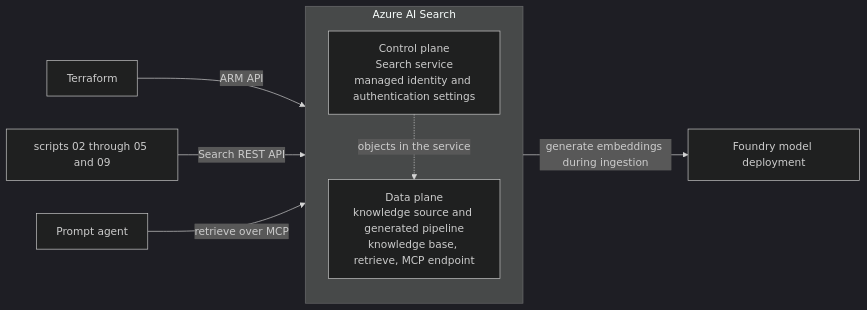
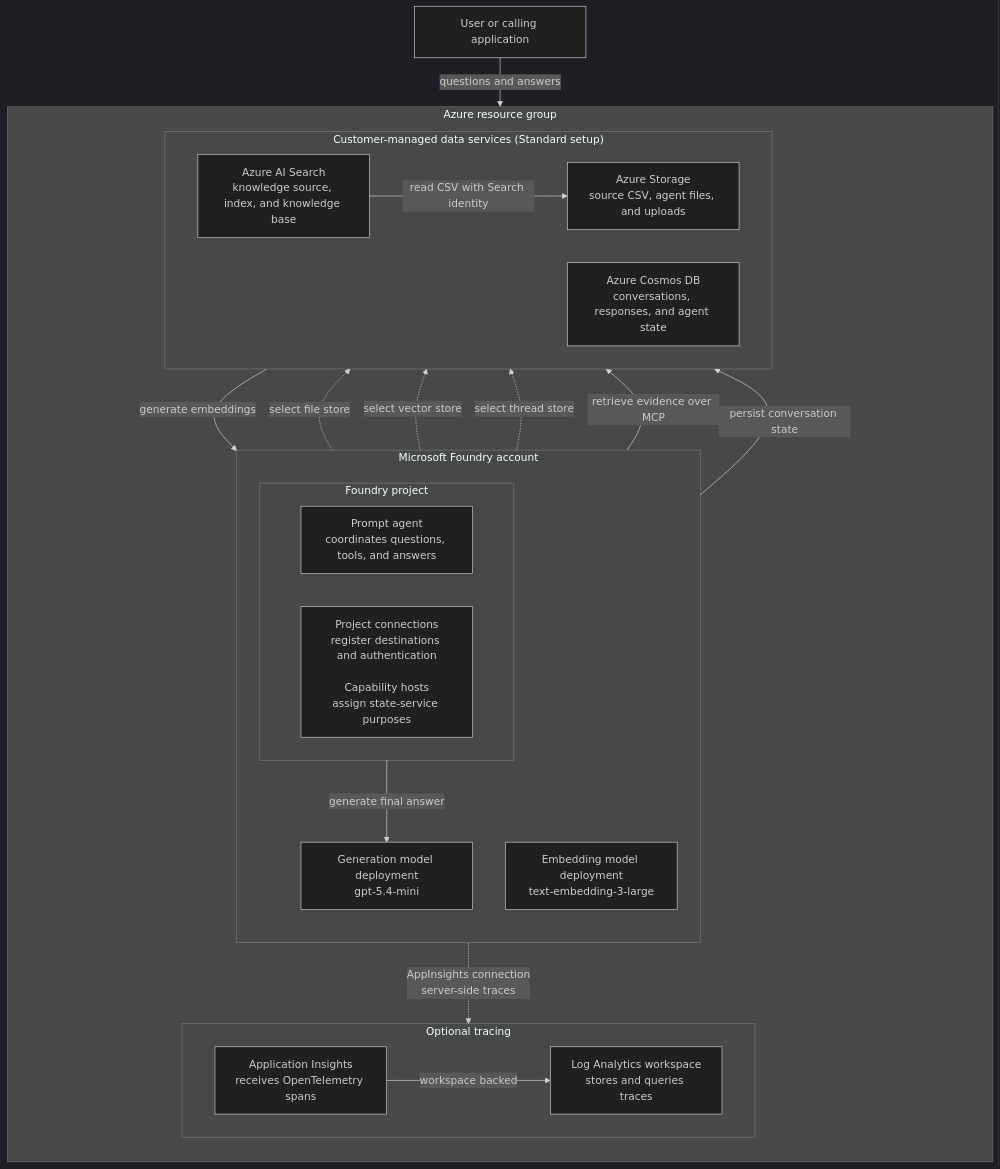
Before and after one commit to ks6088ts/template-terraform: the diagram in infra/scenarios/azure_microsoft_foundry/README.md, drawn with Mermaid (dark theme). The commit also changed other lines of this file and 1 other file, not shown here.

Commit message:
refactor: update architecture diagrams and clarify resource dependencies in README

````diff
--- a/infra/scenarios/azure_microsoft_foundry/README.md
+++ b/infra/scenarios/azure_microsoft_foundry/README.md
@@ -240,14 +198,44 @@
 ```mermaid
-flowchart LR
-    subgraph Search["Azure AI Search"]
+flowchart TB
+    Caller["User or calling application"]
+
+    subgraph ResourceGroup["Azure resource group"]
         direction TB
-        SearchArm["Control plane<br/>Search service<br/>managed identity and authentication settings"]
-        SearchData["Data plane<br/>knowledge source and generated pipeline<br/>knowledge base, retrieve, MCP endpoint"]
-        SearchArm -.->|"objects in the service"| SearchData
+
+        subgraph Foundry["Microsoft Foundry account"]
+            direction TB
+            subgraph Project["Foundry project"]
+                direction LR
+                Agent["Prompt agent<br/>coordinates questions, tools, and answers"]
+                ProjectConfig["Project connections<br/>register destinations and authentication<br/><br/>Capability hosts<br/>assign state-service purposes"]
+            end
+            GenerationModel["Generation model deployment<br/>gpt-5.4-mini"]
+            EmbeddingModel["Embedding model deployment<br/>text-embedding-3-large"]
+        end
+
+        subgraph DataServices["Customer-managed data services (Standard setup)"]
+            direction LR
+            Storage["Azure Storage<br/>source CSV, agent files, and uploads"]
+            Search["Azure AI Search<br/>knowledge source, index, and knowledge base"]
+            Cosmos["Azure Cosmos DB<br/>conversations, responses, and agent state"]
+        end
+
+        subgraph Tracing["Optional tracing"]
+            direction LR
+            AppInsights["Application Insights<br/>receives OpenTelemetry spans"]
+            LogAnalytics["Log Analytics workspace<br/>stores and queries traces"]
+        end
     end
 
-    Terraform["Terraform"] -->|"ARM API"| SearchArm
-    SearchScripts["scripts 02 through 05 and 09"] -->|"Search REST API"| SearchData
-    PromptAgent["Prompt agent"] -->|"retrieve over MCP"| SearchData
-    SearchData -->|"generate embeddings during ingestion"| EmbeddingModel["Foundry model deployment"]
+    Caller -->|"questions and answers"| Agent
+    ProjectConfig -.->|"select file store"| Storage
+    ProjectConfig -.->|"select vector store"| Search
+    ProjectConfig -.->|"select thread store"| Cosmos
+    Search -->|"read CSV with Search identity"| Storage
+    Search -->|"generate embeddings"| EmbeddingModel
+    Agent -->|"retrieve evidence over MCP"| Search
+    Agent -->|"generate final answer"| GenerationModel
+    Agent -->|"persist conversation state"| Cosmos
+    Agent -.->|"AppInsights connection<br/>server-side traces"| AppInsights
+    AppInsights -->|"workspace backed"| LogAnalytics
 ```
````
